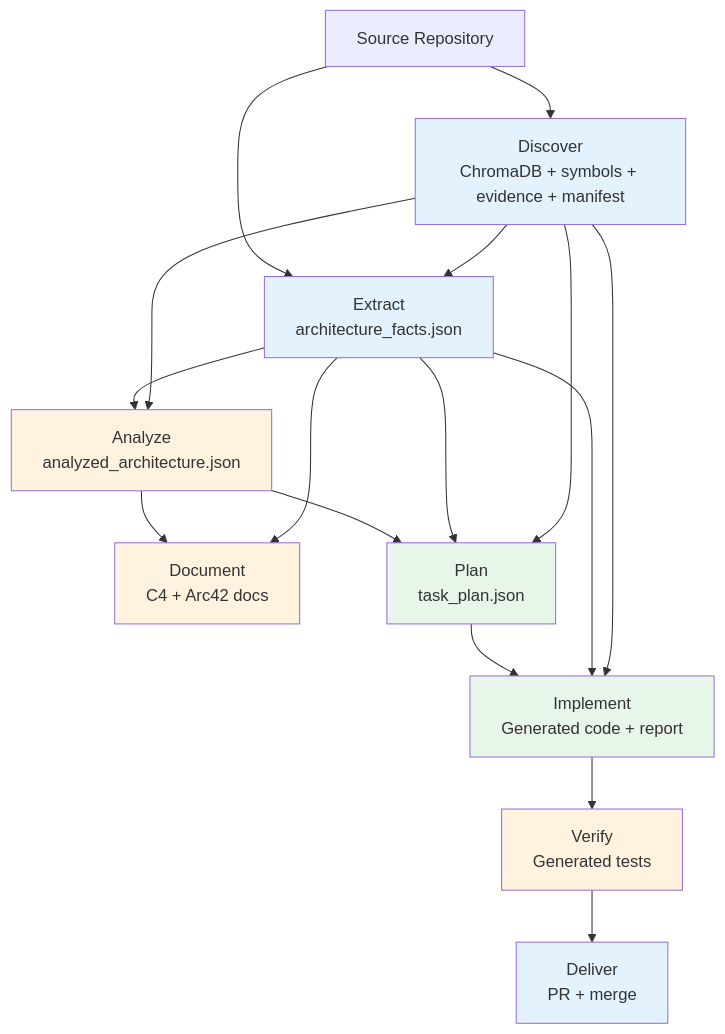
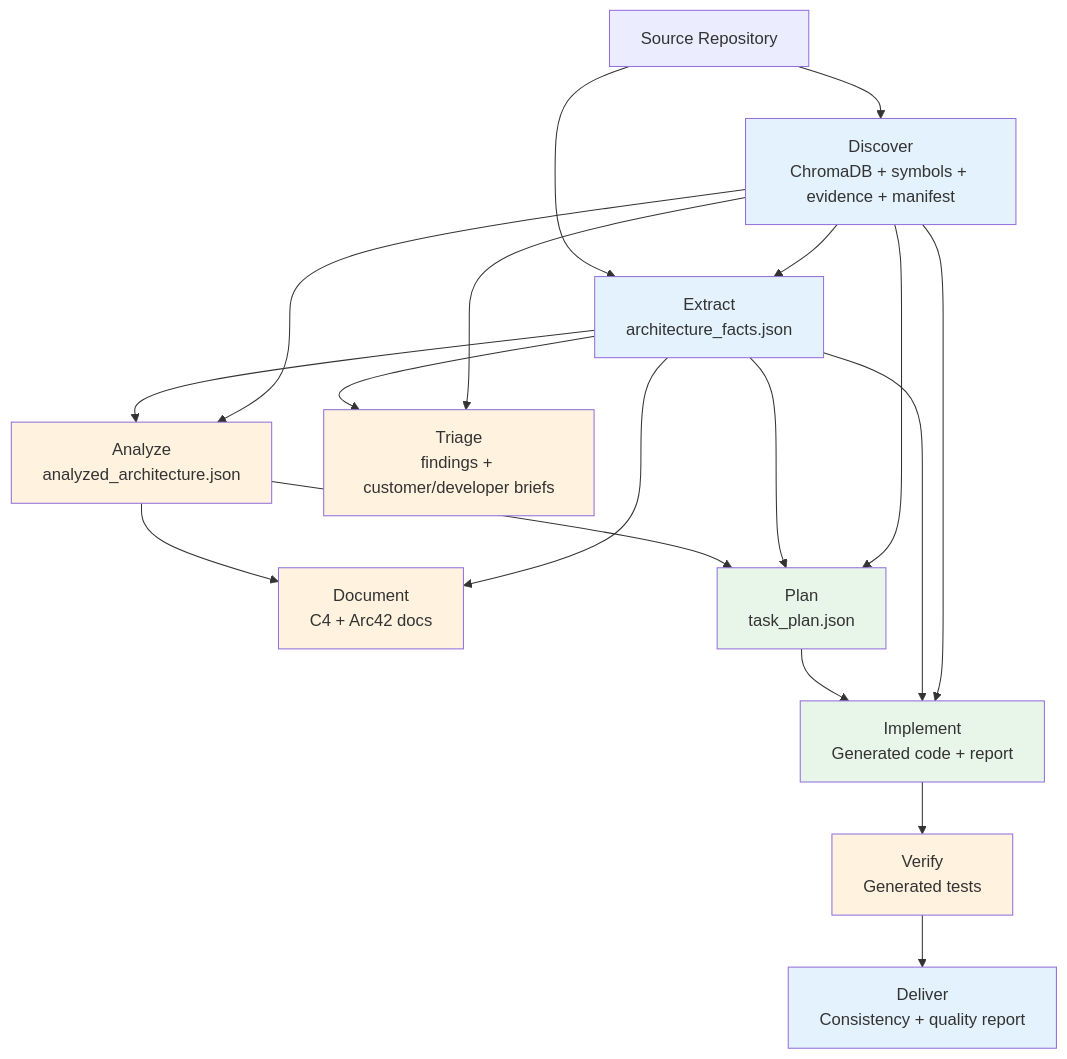
Before and after one commit to aymenmastouri/aicodegencrew: the first of 2 diagrams in docs/architecture/knowledge-lifecycle.md, drawn with Mermaid. The commit also changed other lines of this file and 4 other files, not shown here.

First line of the commit message:
docs: add multi-project isolation + triage phase architecture docs

````diff
--- a/docs/architecture/knowledge-lifecycle.md
+++ b/docs/architecture/knowledge-lifecycle.md
@@ -14,27 +14,30 @@
 ```mermaid
 graph TD
     R[Source Repository] --> D[Discover<br/>ChromaDB + symbols + evidence + manifest]
     R --> E[Extract<br/>architecture_facts.json]
     D --> E
     E --> A[Analyze<br/>analyzed_architecture.json]
     D --> A
     A --> DOC[Document<br/>C4 + Arc42 docs]
     E --> DOC
+    E --> T[Triage<br/>findings + customer/developer briefs]
+    D --> T
     A --> P[Plan<br/>task_plan.json]
     E --> P
     D --> P
     P --> I[Implement<br/>Generated code + report]
     E --> I
     D --> I
     I --> V[Verify<br/>Generated tests]
-    V --> DEL[Deliver<br/>PR + merge]
+    V --> DEL[Deliver<br/>Consistency + quality report]
 
     style D fill:#e3f2fd
     style E fill:#e3f2fd
     style A fill:#fff3e0
     style DOC fill:#fff3e0
+    style T fill:#fff3e0
     style P fill:#e8f5e9
     style I fill:#e8f5e9
     style V fill:#fff3e0
     style DEL fill:#e3f2fd
 ```
````
